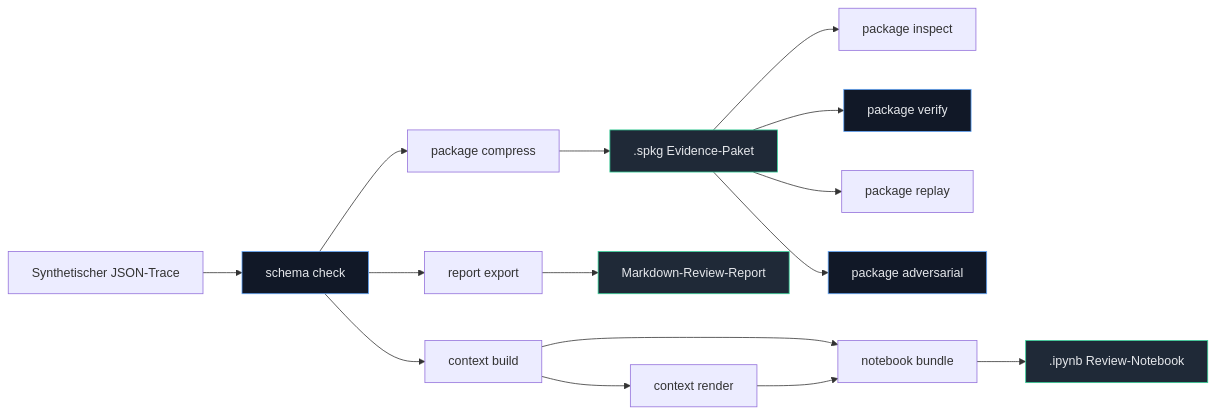
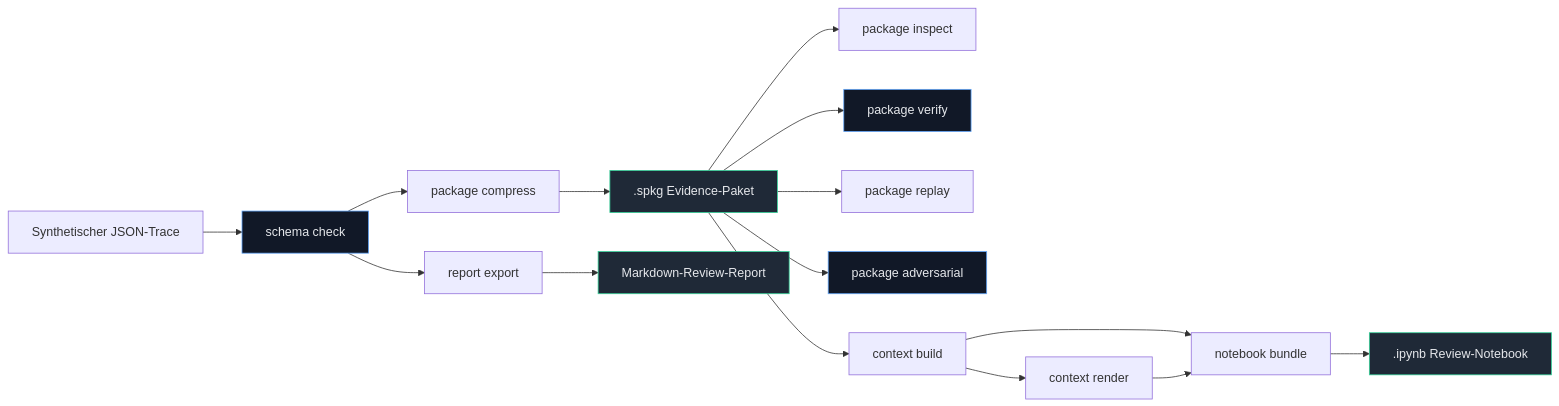
The first of 3 diagrams in README.md (ProfRandom92/Antigravity-Comptextv7), drawn with Mermaid before and after one commit.

Commit message:
docs: fix README architecture graph flow

````diff
--- a/README.md
+++ b/README.md
@@ -33,25 +33,25 @@
 ```mermaid
 flowchart LR
     roh["Synthetischer JSON-Trace"] --> schema["schema check"]
     schema --> compress["package compress"]
     compress --> spkg[".spkg Evidence-Paket"]
 
     spkg --> inspect["package inspect"]
     spkg --> verify["package verify"]
     spkg --> replay["package replay"]
     spkg --> adversarial["package adversarial"]
 
     schema --> report["report export"]
     report --> md["Markdown-Review-Report"]
 
-    schema --> build["context build"]
+    spkg --> build["context build"]
     build --> render["context render"]
     build --> notebook["notebook bundle"]
     render --> notebook
     notebook --> ipynb[".ipynb Review-Notebook"]
 
     classDef guard fill:#111827,stroke:#60a5fa,color:#e5e7eb;
     classDef artifact fill:#1f2937,stroke:#34d399,color:#e5e7eb;
     class schema,verify,adversarial guard;
     class spkg,md,ipynb artifact;
 ```
````
